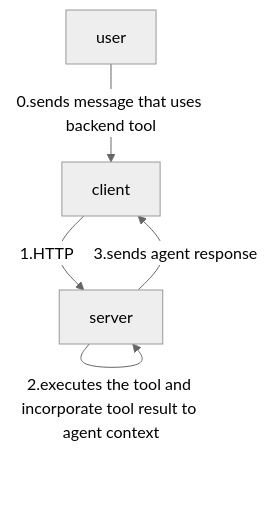
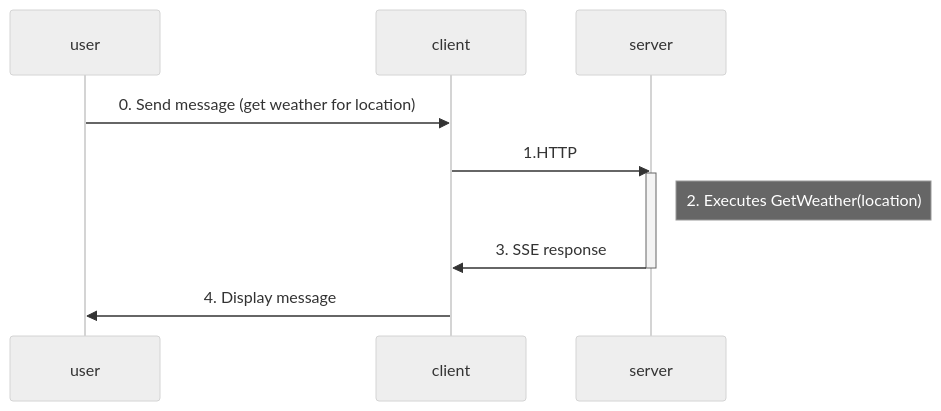
Before and after one commit to jasmin-software/dotnet_agui_workshop: the first of 2 diagrams in project1/Client_Tutorial_2/README.md, drawn with Mermaid (neutral theme). The commit also changed other lines of this file and 3 other files, not shown here.

````diff
--- a/project1/Client_Tutorial_2/README.md
+++ b/project1/Client_Tutorial_2/README.md
@@ -27,7 +26,11 @@
 ```mermaid
-graph TD;
-   user--0.sends message that uses backend tool-->client;
-   client--1.HTTP-->server;
-   server--2.executes the tool and incorporate tool result to agent context -->server;
-   server--3.sends agent response-->client;
+sequenceDiagram;
+   user->>client: 0. Send message (get weather for location)
+   client->>server: 1.HTTP
+   activate server
+   Note right of server: 2. Executes GetWeather(location) 
+   server->>client: 3. SSE response
+   deactivate server
+   client->>user: 4. Display message
+   
 ```
````
